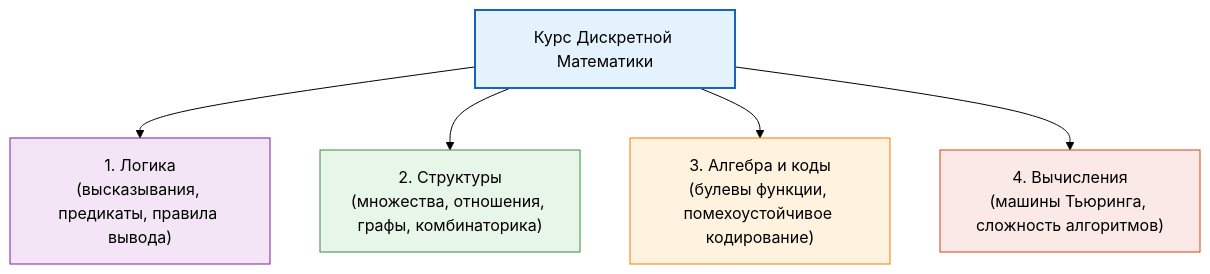
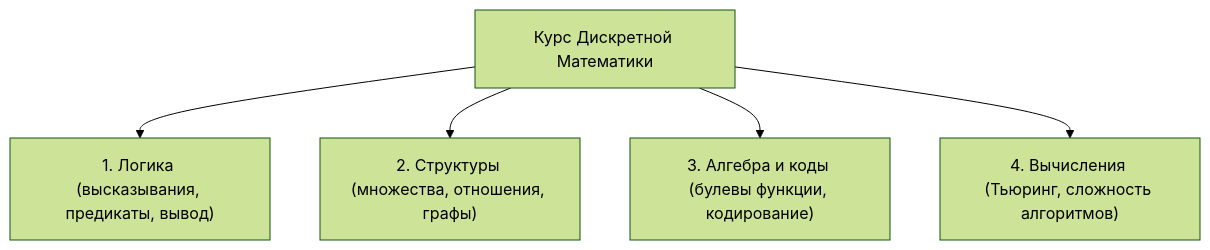
One commit to bprm60-del/ITMO_IS_lectory changed the first of 2 diagrams in ДМ/Дискретная математика вводная лекция.md. Above: the diagram before and after it, drawn with Mermaid (forest theme). The commit also changed other lines of this file and 4 other files, not shown here.

````diff
--- a/ДМ/Дискретная математика вводная лекция.md
+++ b/ДМ/Дискретная математика вводная лекция.md
@@ -9,13 +9,7 @@
 ```mermaid
 graph TD
-    DM["Курс Дискретной Математики"] --> Block1["1. Логика<br/>(высказывания, предикаты, правила вывода)"]
-    DM --> Block2["2. Структуры<br/>(множества, отношения, графы, комбинаторика)"]
-    DM --> Block3["3. Алгебра и коды<br/>(булевы функции, помехоустойчивое кодирование)"]
-    DM --> Block4["4. Вычисления<br/>(машины Тьюринга, сложность алгоритмов)"]
-
-    style DM fill:#e3f2fd,stroke:#1565c0,stroke-width:2px
-    style Block1 fill:#f3e5f5,stroke:#7b1fa2
-    style Block2 fill:#e8f5e9,stroke:#388e3c
-    style Block3 fill:#fff3e0,stroke:#f57c00
-    style Block4 fill:#fbe9e7,stroke:#d84315
+    DM["Курс Дискретной Математики"] --> Block1["1. Логика (высказывания, предикаты, вывод)"]
+    DM --> Block2["2. Структуры (множества, отношения, графы)"]
+    DM --> Block3["3. Алгебра и коды (булевы функции, кодирование)"]
+    DM --> Block4["4. Вычисления (Тьюринг, сложность алгоритмов)"]
 ```
````
